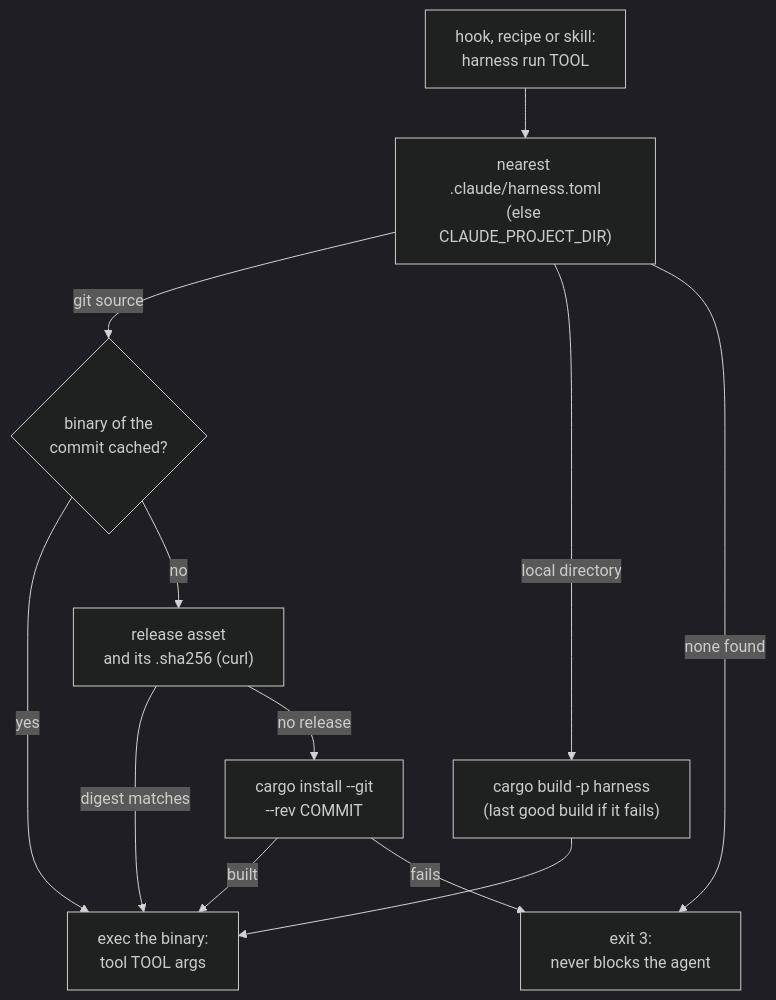
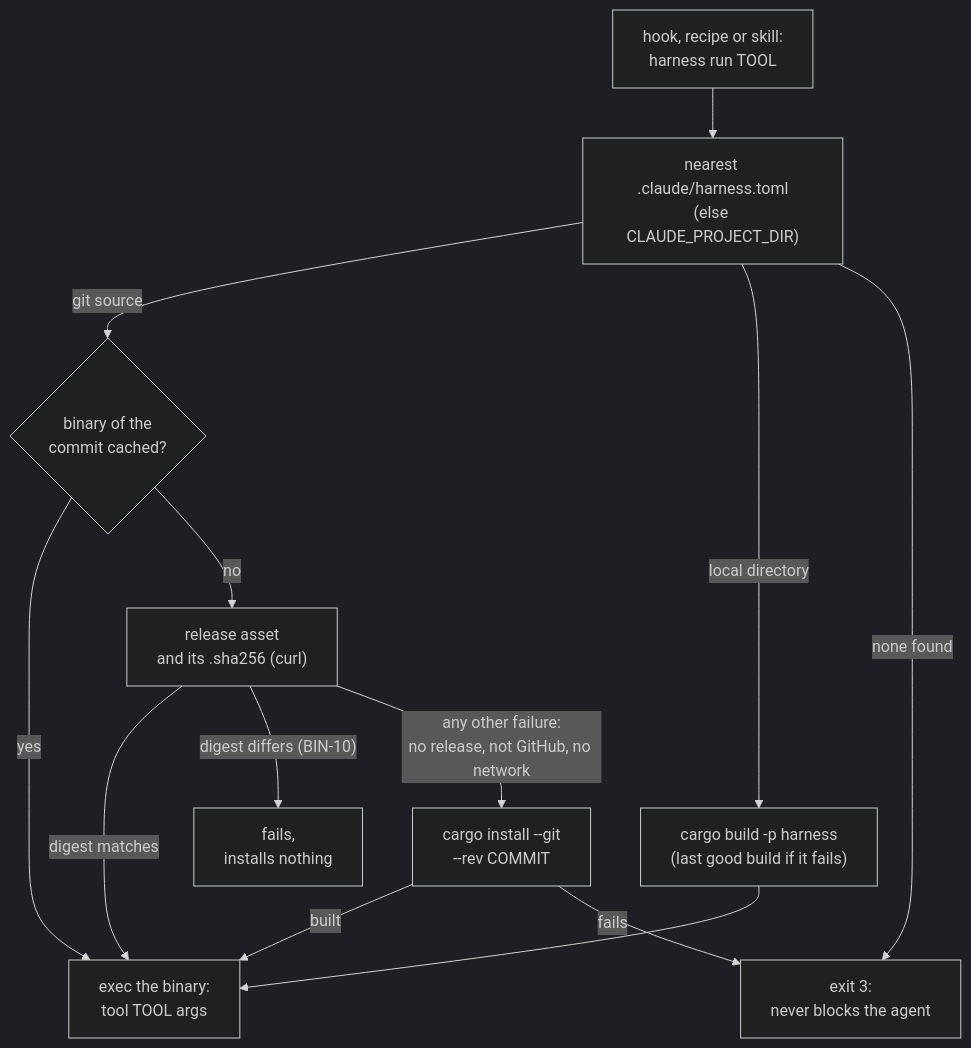
Before and after one commit to Electron-libre/agent-harness: the second of 4 diagrams in docs/architecture.md, drawn with Mermaid (dark theme). The commit also changed other lines of this file and 4 other files, not shown here.

First line of the commit message:
docs: settle the review of the README and the diagrams

````diff
--- a/docs/architecture.md
+++ b/docs/architecture.md
@@ -65,14 +65,15 @@
 ```mermaid
 flowchart TD
   hook["hook, recipe or skill:<br/>harness run TOOL"] --> find["nearest .claude/harness.toml<br/>(else CLAUDE_PROJECT_DIR)"]
   find -->|git source| cached{"binary of the<br/>commit cached?"}
   cached -->|yes| exec["exec the binary:<br/>tool TOOL args"]
   cached -->|no| download["release asset<br/>and its .sha256 (curl)"]
   download -->|digest matches| exec
-  download -->|no release| cargo["cargo install --git<br/>--rev COMMIT"]
+  download -->|"digest differs (BIN-10)"| fail["fails,<br/>installs nothing"]
+  download -->|"any other failure:<br/>no release, not GitHub, no network"| cargo["cargo install --git<br/>--rev COMMIT"]
   cargo -->|built| exec
   find -->|local directory| build["cargo build -p harness<br/>(last good build if it fails)"]
   build --> exec
   find -->|none found| exit3["exit 3:<br/>never blocks the agent"]
   cargo -->|fails| exit3
 ```
````
